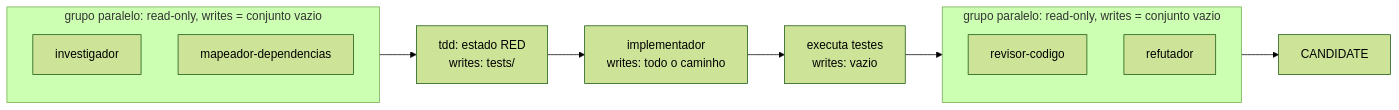
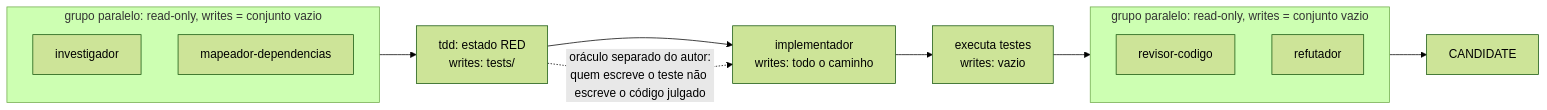
One commit to MrSchrodingers/tollens changed the second of 4 diagrams in README.pt-BR.md. Above: the diagram before and after it, drawn with Mermaid (forest theme). The commit also changed other lines of this file and 26 other files, not shown here.

````diff
--- a/README.pt-BR.md
+++ b/README.pt-BR.md
@@ -385,16 +387,17 @@
 ```mermaid
 flowchart LR
     subgraph RO1["grupo paralelo: read-only, writes = conjunto vazio"]
         inv["investigador"]
         map["mapeador-dependencias"]
     end
     RO1 --> RED["tdd: estado RED<br/>writes: tests/"]
     RED --> IMPL["implementador<br/>writes: todo o caminho"]
+    RED -.->|"oráculo separado do autor:<br/>quem escreve o teste não escreve o código julgado"| IMPL
     IMPL --> RUN["executa testes<br/>writes: vazio"]
     subgraph RO2["grupo paralelo: read-only, writes = conjunto vazio"]
         REV["revisor-codigo"]
         REF["refutador"]
     end
     RUN --> RO2
     RO2 --> CAND["CANDIDATE"]
 ```
````
